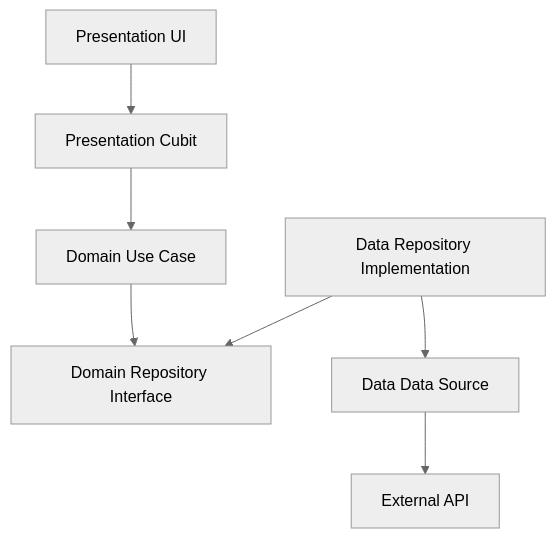
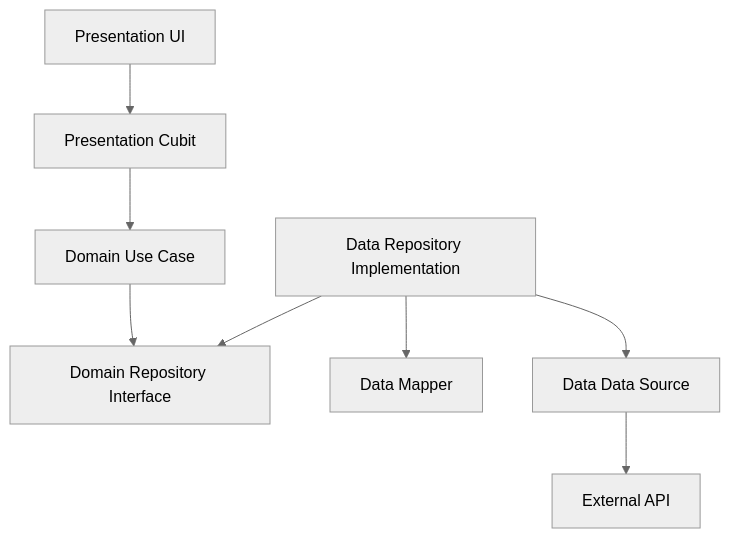
Before and after one commit to Ahmedsayed0895/Sellio-sections-controller: the diagram in README.md, drawn with Mermaid (neutral theme). The commit also changed other lines of this file, not shown here.

Commit message:
Update README with mapper layer and documentation links

````diff
--- a/README.md
+++ b/README.md
@@ -21,9 +21,10 @@
 ```mermaid
 graph TD
     UI[Presentation UI] --> Cubit[Presentation Cubit]
     Cubit --> UseCase[Domain Use Case]
     UseCase --> RepoInterface[Domain Repository Interface]
     RepoImpl[Data Repository Implementation] --> RepoInterface
+    RepoImpl --> Mapper[Data Mapper]
     RepoImpl --> DataSource[Data Data Source]
     DataSource --> API[External API]
 ```
````
